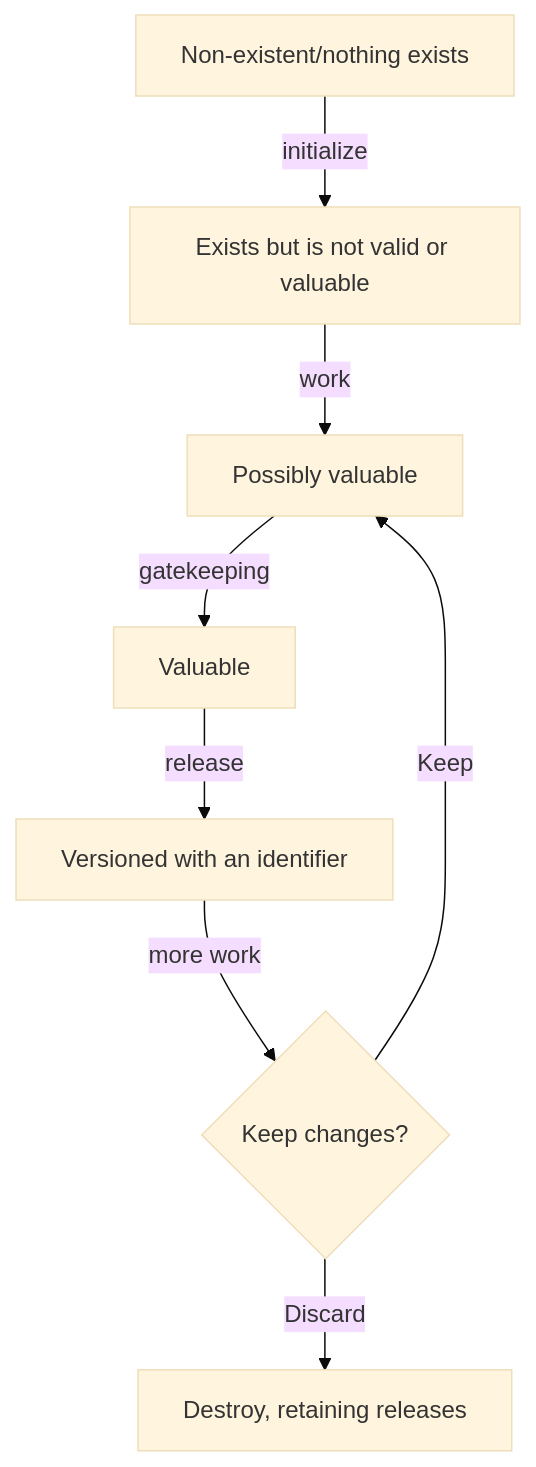
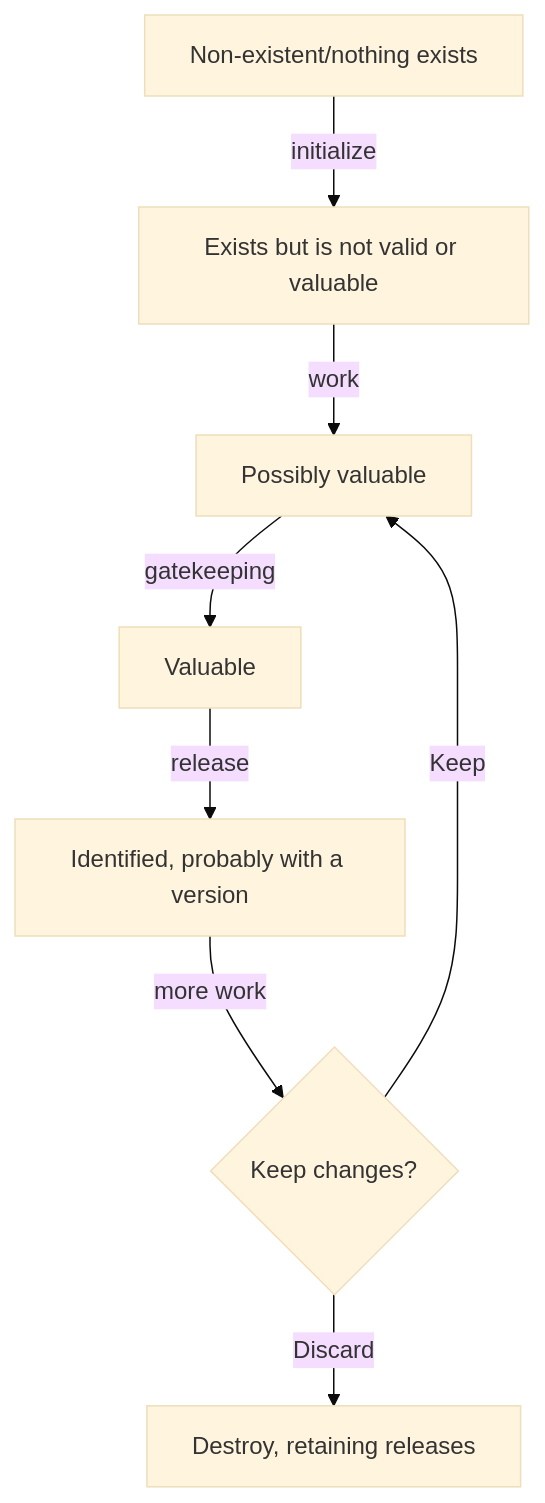
Before and after one commit to mykelalvis/Lynker-ioos-KB: the diagram in KB/Release Engineering/lifecycle.md, drawn with Mermaid (base theme). The commit also changed other lines of this file and 20 other files, not shown here.

````diff
--- a/KB/Release Engineering/lifecycle.md
+++ b/KB/Release Engineering/lifecycle.md
@@ -11,12 +11,12 @@
 ```mermaid
   graph TB
     ne[Non-existent/nothing exists] -- initialize -->
     invalid[Exists but is not valid or valuable] -- work -->
     possible[Possibly valuable] -- gatekeeping -->
     valuable[Valuable] -- release -->
-    versioned[Versioned with an identifier] -- more work -->
+    identified[Identified, probably with a version] -- more work -->
     changed{Keep changes?}
     changed -->|Keep| possible;
     destroy[Destroy, retaining releases]
     changed -->|Discard| destroy;
 ```
````
